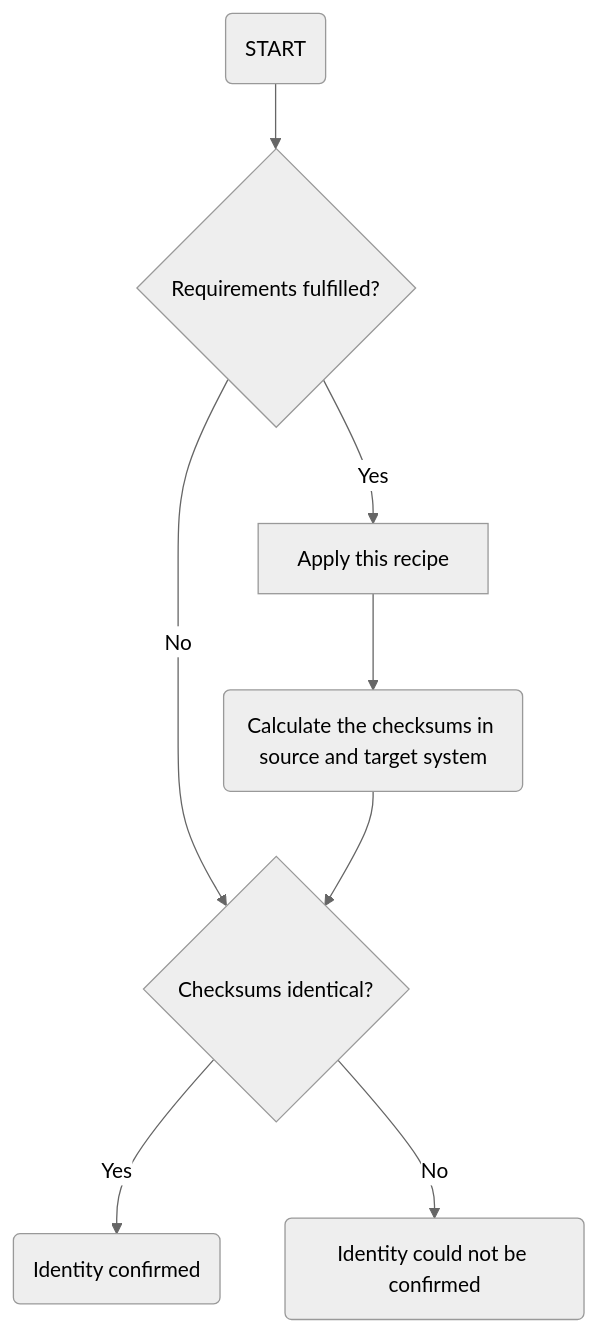
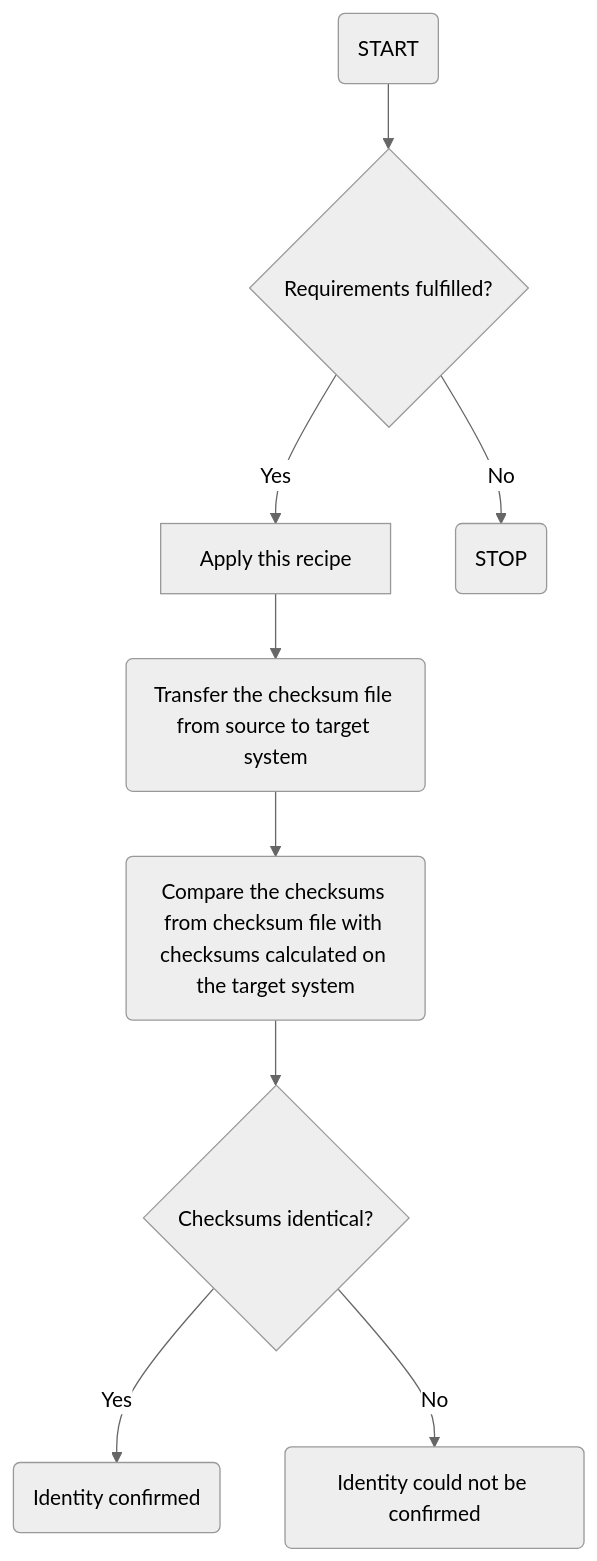
One commit to FAIRplus/the-fair-cookbook changed the diagram in docs/content/recipes/interoperability/how-to-validate-checksums-file.md. Above: the diagram before and after it, drawn with Mermaid (neutral theme). The commit also changed other lines of this file and 2 other files, not shown here.

```diff
--- a/docs/content/recipes/interoperability/how-to-validate-checksums-file.md
+++ b/docs/content/recipes/interoperability/how-to-validate-checksums-file.md
@@ -38,10 +38,11 @@
 <div class="mermaid">
 graph TD
-S(START) --> A
+Start(START) --> A
 A{Requirements fulfilled?} -->|Yes| B[Apply this recipe]
-A -->|No| D(STOP)
-B --> C(Calculate the checksums in source and target system)
-C --> D{Checksums identical?}
+A -->|No| Stop(STOP)
+B --> C(Transfer the checksum file from source to target system)
+C --> C2(Compare the checksums from checksum file with checksums calculated on the target system)
+C2 --> D{Checksums identical?}
 D -->|Yes| E(Identity confirmed)
 D -->|No| F(Identity could not be confirmed)
 </div>
```
